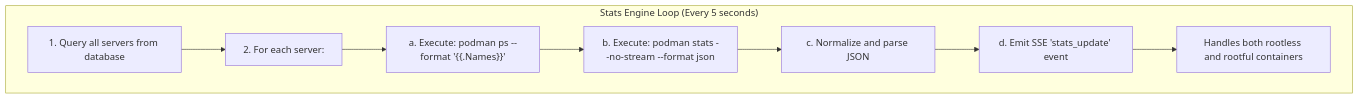
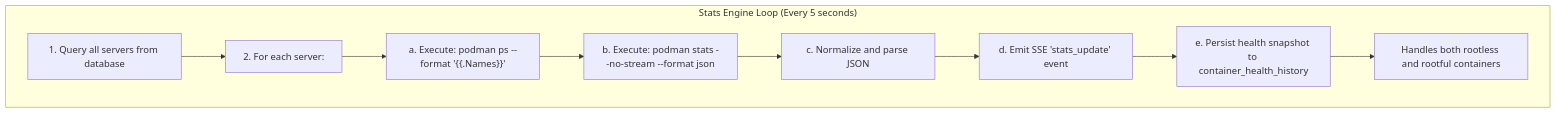
The seventh of 7 diagrams in docs/ARCHITECTURE.md (karoltheguy/QuadletManager), drawn with Mermaid before and after one commit. The commit also changed other lines of this file, not shown here.

Commit message:
docs: Update architecture for health history feature (issue #18)

````diff
--- a/docs/ARCHITECTURE.md
+++ b/docs/ARCHITECTURE.md
@@ -391,19 +405,21 @@
 ```mermaid
 flowchart TD
     subgraph StatsLoop["Stats Engine Loop (Every 5 seconds)"]
         A["1. Query all servers from database"]
         B["2. For each server:"]
         C["a. Execute: podman ps --format '{{.Names}}'"]
         D["b. Execute: podman stats --no-stream --format json"]
         E["c. Normalize and parse JSON"]
         F["d. Emit SSE 'stats_update' event"]
-        G["Handles both rootless and rootful containers"]
-        
+        G["e. Persist health snapshot to container_health_history"]
+        H["Handles both rootless and rootful containers"]
+
         A --> B
         B --> C
         C --> D
         D --> E
         E --> F
         F --> G
+        G --> H
     end
 ```
````
